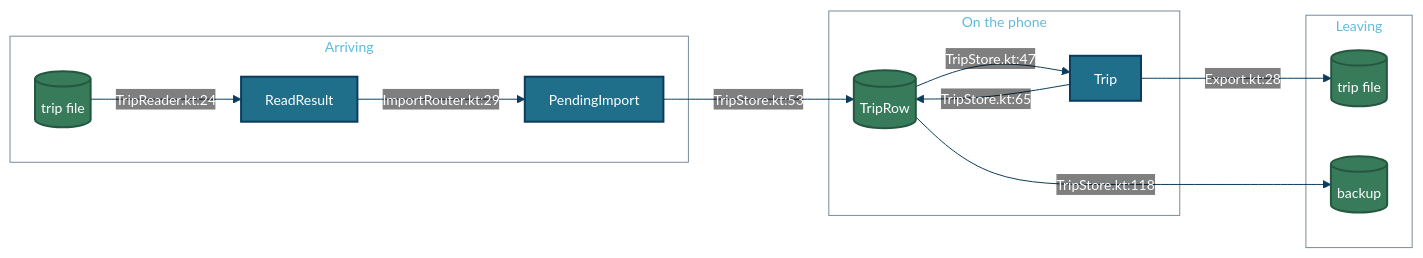
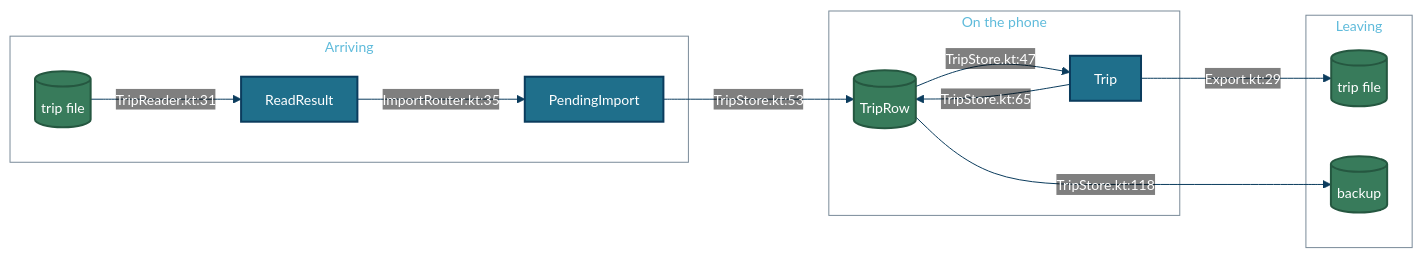
Before and after one commit to Tshort76/traveler: the first of 2 diagrams in docs/visual/data.md, drawn with Mermaid. The commit also changed other lines of this file and 22 other files, not shown here.

````diff
--- a/docs/visual/data.md
+++ b/docs/visual/data.md
@@ -7,28 +7,28 @@
 ```mermaid
 %%{init: {"theme": "base", "themeVariables": {"fontSize": "14px", "lineColor": "#0B3C5D", "primaryColor": "#1F6F8B", "primaryTextColor": "#FFFFFF", "primaryBorderColor": "#0B3C5D", "clusterBkg": "transparent", "clusterBorder": "#7A8B99", "edgeLabelBackground": "transparent", "actorBkg": "#E06D14", "actorTextColor": "#1A1A1A", "actorBorder": "#A64F0E", "signalColor": "#0B3C5D", "signalTextColor": "#0B3C5D", "labelBoxBkgColor": "#1F6F8B", "labelTextColor": "#FFFFFF"}, "flowchart": {"curve": "basis", "padding": 12}} }%%
 flowchart LR
   subgraph imp["Arriving"]
     TXT[("trip file")]
     RR["ReadResult"]
     PI["PendingImport"]
   end
   subgraph use["On the phone"]
     ROW[("TripRow")]
     TR["Trip"]
   end
   subgraph out["Leaving"]
     OUT[("trip file")]
     BK[("backup")]
   end
-  TXT -- "TripReader.kt:24" --> RR
-  RR -- "ImportRouter.kt:29" --> PI
+  TXT -- "TripReader.kt:31" --> RR
+  RR -- "ImportRouter.kt:35" --> PI
   PI -- "TripStore.kt:53" --> ROW
   ROW -- "TripStore.kt:47" --> TR
   TR -- "TripStore.kt:65" --> ROW
-  TR -- "Export.kt:28" --> OUT
+  TR -- "Export.kt:29" --> OUT
   ROW -- "TripStore.kt:118" --> BK
   classDef stage fill:#1F6F8B,stroke:#0B3C5D,stroke-width:2px,color:#ffffff
   classDef store fill:#387B5B,stroke:#255740,stroke-width:2px,color:#ffffff
   class RR,PI,TR stage
   class TXT,ROW,OUT,BK store
 ```
````
